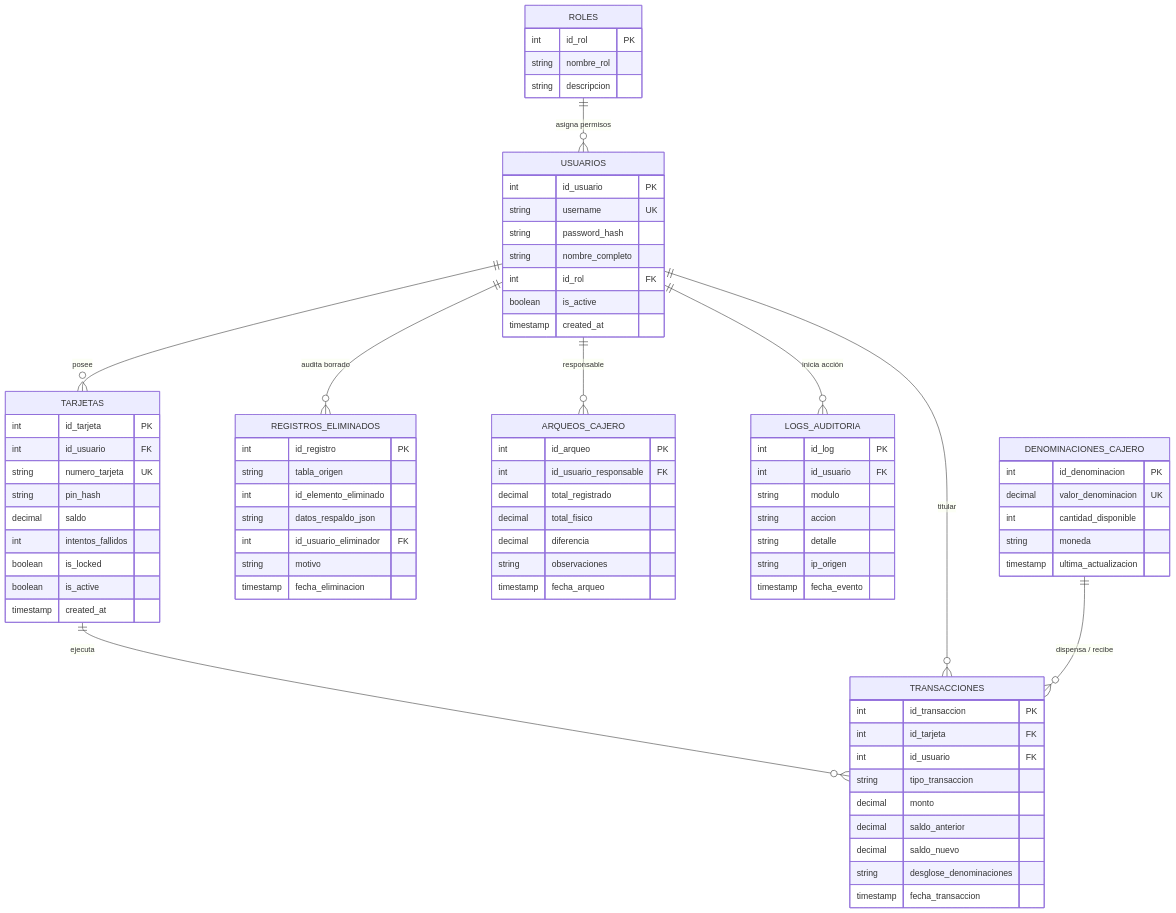
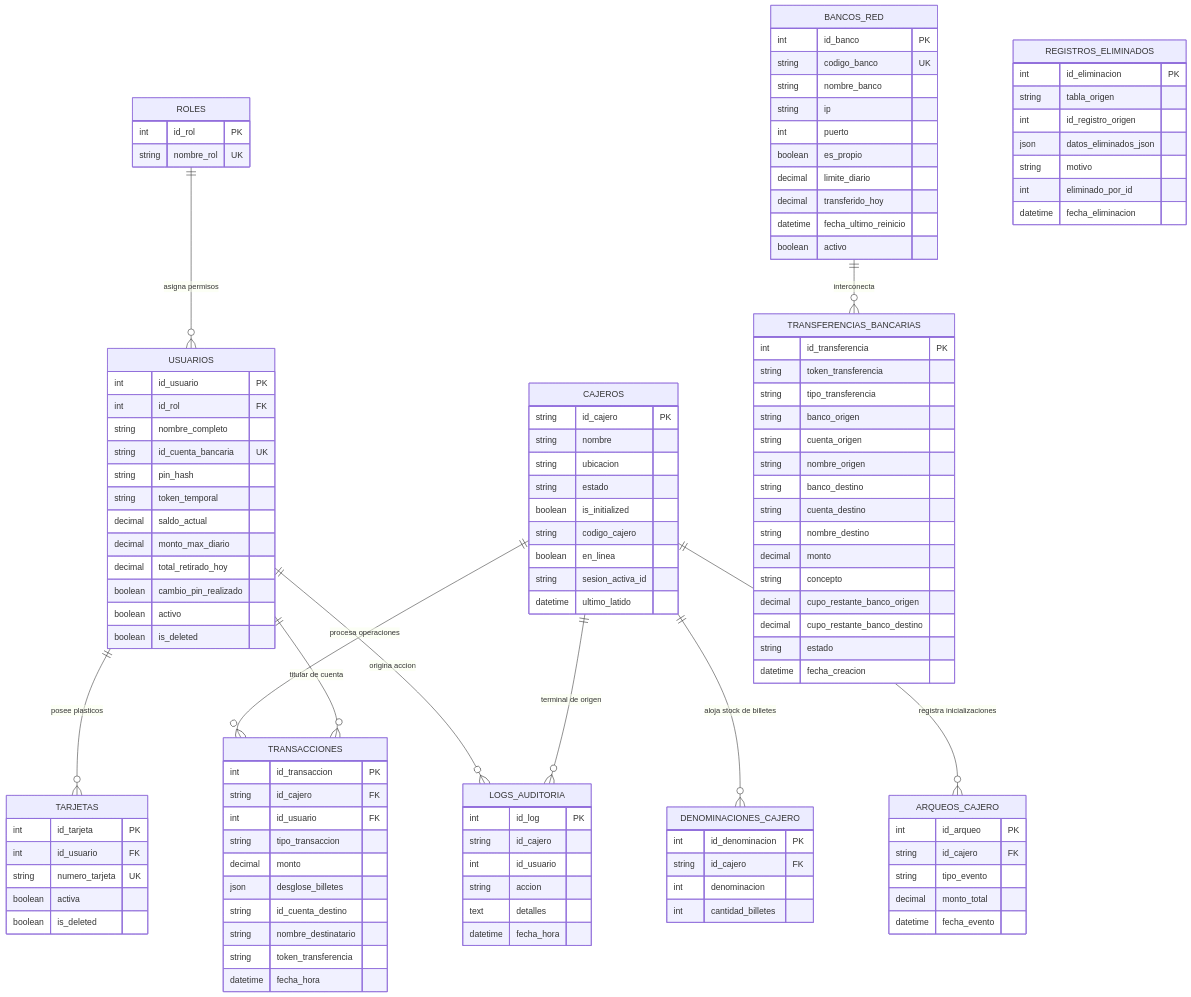
One commit to JotaProgra4119r/Sistema-De-Cajero changed the second of 2 diagrams in docs/README_DATABASE.md. Above: the diagram before and after it, drawn with Mermaid. The commit also changed other lines of this file and 4 other files, not shown here.

````diff
--- a/docs/README_DATABASE.md
+++ b/docs/README_DATABASE.md
@@ -34,82 +42,120 @@
 ```mermaid
 erDiagram
     ROLES ||--o{ USUARIOS : "asigna permisos"
-    USUARIOS ||--o{ TARJETAS : "posee"
-    USUARIOS ||--o{ REGISTROS_ELIMINADOS : "audita borrado"
-    TARJETAS ||--o{ TRANSACCIONES : "ejecuta"
-    USUARIOS ||--o{ TRANSACCIONES : "titular"
-    USUARIOS ||--o{ ARQUEOS_CAJERO : "responsable"
-    USUARIOS ||--o{ LOGS_AUDITORIA : "inicia acción"
-    DENOMINACIONES_CAJERO ||--o{ TRANSACCIONES : "dispensa / recibe"
+    USUARIOS ||--o{ TARJETAS : "posee plasticos"
+    CAJEROS ||--o{ DENOMINACIONES_CAJERO : "aloja stock de billetes"
+    CAJEROS ||--o{ ARQUEOS_CAJERO : "registra inicializaciones"
+    CAJEROS ||--o{ TRANSACCIONES : "procesa operaciones"
+    USUARIOS ||--o{ TRANSACCIONES : "titular de cuenta"
+    BANCOS_RED ||--o{ TRANSFERENCIAS_BANCARIAS : "interconecta"
+    USUARIOS ||--o{ LOGS_AUDITORIA : "origina accion"
+    CAJEROS ||--o{ LOGS_AUDITORIA : "terminal de origen"
 
     ROLES {
         int id_rol PK
-        string nombre_rol
-        string descripcion
+        string nombre_rol UK
     }
     USUARIOS {
         int id_usuario PK
-        string username UK
-        string password_hash
+        int id_rol FK
         string nombre_completo
-        int id_rol FK
-        boolean is_active
-        timestamp created_at
+        string id_cuenta_bancaria UK
+        string pin_hash
+        string token_temporal
+        decimal saldo_actual
+        decimal monto_max_diario
+        decimal total_retirado_hoy
+        boolean cambio_pin_realizado
+        boolean activo
+        boolean is_deleted
     }
     TARJETAS {
         int id_tarjeta PK
         int id_usuario FK
         string numero_tarjeta UK
-        string pin_hash
-        decimal saldo
-        int intentos_fallidos
-        boolean is_locked
-        boolean is_active
-        timestamp created_at
+        boolean activa
+        boolean is_deleted
+    }
+    CAJEROS {
+        string id_cajero PK
+        string nombre
+        string ubicacion
+        string estado
+        boolean is_initialized
+        string codigo_cajero
+        boolean en_linea
+        string sesion_activa_id
+        datetime ultimo_latido
     }
     DENOMINACIONES_CAJERO {
         int id_denominacion PK
-        decimal valor_denominacion UK
-        int cantidad_disponible
-        string moneda
-        timestamp ultima_actualizacion
+        string id_cajero FK
+        int denominacion
+        int cantidad_billetes
     }
     ARQUEOS_CAJERO {
         int id_arqueo PK
-        int id_usuario_responsable FK
-        decimal total_registrado
-        decimal total_fisico
-        decimal diferencia
-        string observaciones
-        timestamp fecha_arqueo
+        string id_cajero FK
+        string tipo_evento
+        decimal monto_total
+        datetime fecha_evento
     }
     TRANSACCIONES {
         int id_transaccion PK
-        int id_tarjeta FK
+        string id_cajero FK
         int id_usuario FK
         string tipo_transaccion
         decimal monto
-        decimal saldo_anterior
-        decimal saldo_nuevo
-        string desglose_denominaciones
-        timestamp fecha_transaccion
+        json desglose_billetes
+        string id_cuenta_destino
+        string nombre_destinatario
+        string token_transferencia
+        datetime fecha_hora
     }
     LOGS_AUDITORIA {
         int id_log PK
-        int id_usuario FK
-        string modulo
+        string id_cajero
+        int id_usuario
         string accion
-        string detalle
-        string ip_origen
-        timestamp fecha_evento
+        text detalles
+        datetime fecha_hora
     }
     REGISTROS_ELIMINADOS {
-        int id_registro PK
+        int id_eliminacion PK
         string tabla_origen
-        int id_elemento_eliminado
-        string datos_respaldo_json
-        int id_usuario_eliminador FK
+        int id_registro_origen
+        json datos_eliminados_json
         string motivo
-        timestamp fecha_eliminacion
+        int eliminado_por_id
+        datetime fecha_eliminacion
+    }
+    BANCOS_RED {
+        int id_banco PK
+        string codigo_banco UK
+        string nombre_banco
+        string ip
+        int puerto
+        boolean es_propio
+        decimal limite_diario
+        decimal transferido_hoy
+        datetime fecha_ultimo_reinicio
+        boolean activo
+    }
+    TRANSFERENCIAS_BANCARIAS {
+        int id_transferencia PK
+        string token_transferencia
+        string tipo_transferencia
+        string banco_origen
+        string cuenta_origen
+        string nombre_origen
+        string banco_destino
+        string cuenta_destino
+        string nombre_destino
+        decimal monto
+        string concepto
+        decimal cupo_restante_banco_origen
+        decimal cupo_restante_banco_destino
+        string estado
+        datetime fecha_creacion
     }
 ```
````
